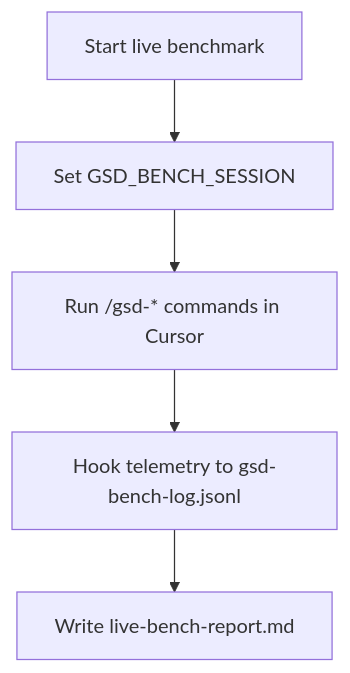
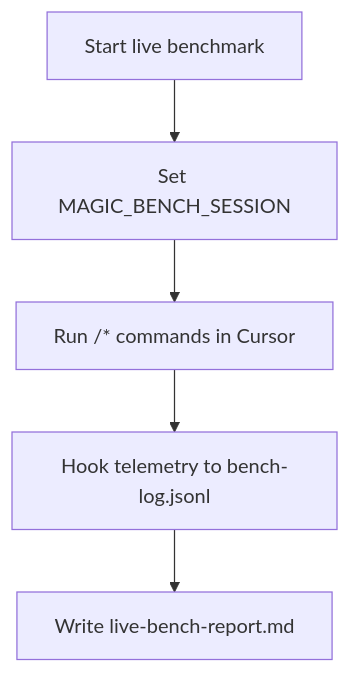
One commit to fl0wm0ti0n/gsd_cursor changed the third of 7 diagrams in README.md. Above: the diagram before and after it, drawn with Mermaid. The commit also changed other lines of this file and 80 other files, not shown here.

````diff
--- a/README.md
+++ b/README.md
@@ -319,7 +406,7 @@
 ```mermaid
 flowchart TD
-  StartLive[Start live benchmark] --> SetSession[Set GSD_BENCH_SESSION]
-  SetSession --> RunCommands[Run /gsd-* commands in Cursor]
-  RunCommands --> LogHooks[Hook telemetry to gsd-bench-log.jsonl]
+  StartLive[Start live benchmark] --> SetSession[Set MAGIC_BENCH_SESSION]
+  SetSession --> RunCommands[Run /* commands in Cursor]
+  RunCommands --> LogHooks[Hook telemetry to bench-log.jsonl]
   LogHooks --> LiveReport[Write live-bench-report.md]
 ```
````
